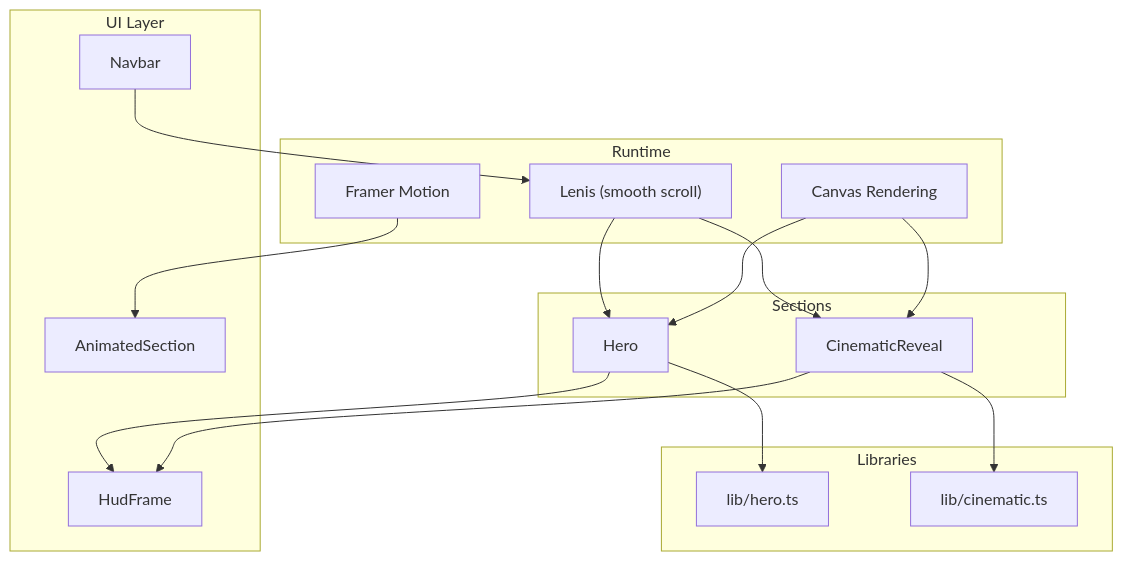
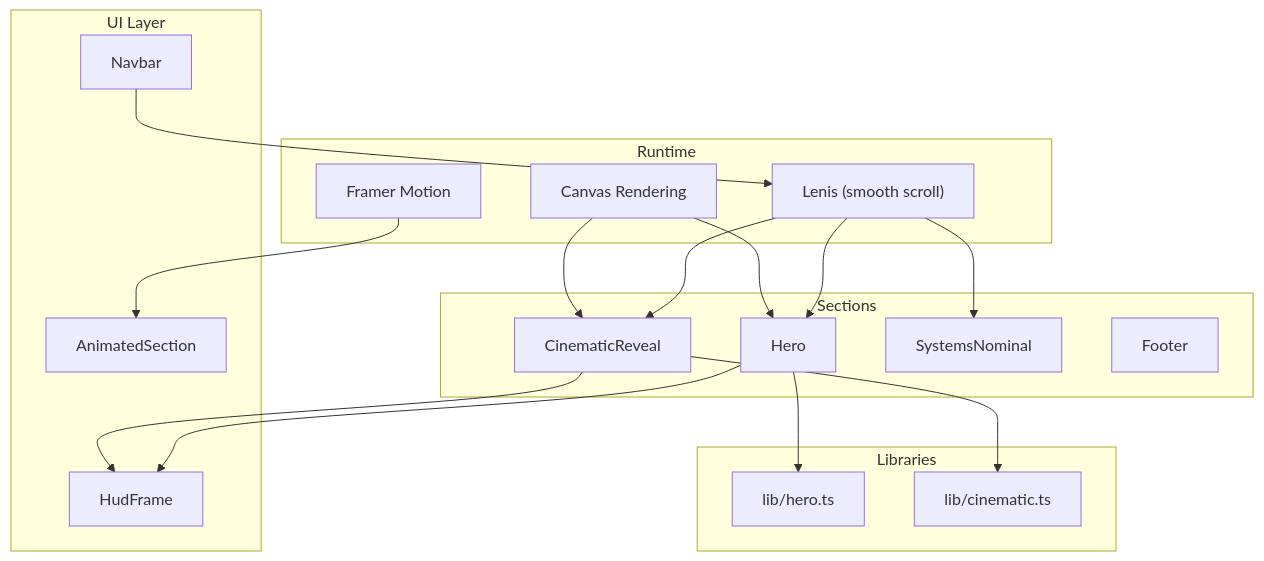
One commit to webwhizzcom-ctrl/JARVIS.website changed the second of 11 diagrams in .qoder/repowiki/en/content/Development Guidelines/Development Guidelines.md. Above: the diagram before and after it, drawn with Mermaid. The commit also changed other lines of this file and 15 other files, not shown here.

````diff
--- a/.qoder/repowiki/en/content/Development Guidelines/Development Guidelines.md
+++ b/.qoder/repowiki/en/content/Development Guidelines/Development Guidelines.md
@@ -105,31 +121,34 @@
 ```mermaid
 graph TB
 subgraph "Runtime"
 L["Lenis (smooth scroll)"]
 M["Framer Motion"]
 C["Canvas Rendering"]
 end
 subgraph "UI Layer"
 N["Navbar"]
 S["AnimatedSection"]
 U["HudFrame"]
 end
 subgraph "Sections"
 H["Hero"]
 CR["CinematicReveal"]
+SN["SystemsNominal"]
+F["Footer"]
 end
 subgraph "Libraries"
 LH["lib/hero.ts"]
 LC["lib/cinematic.ts"]
 end
 L --> H
 L --> CR
+L --> SN
 M --> S
 C --> H
 C --> CR
 H --> LH
 CR --> LC
 H --> U
 CR --> U
 N --> L
 ```
````
